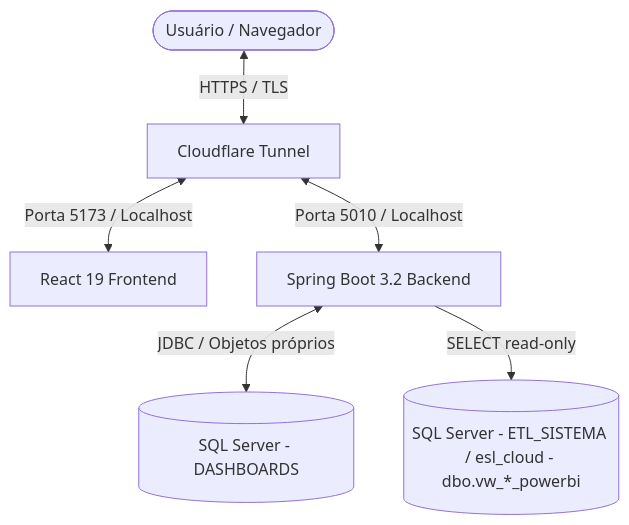
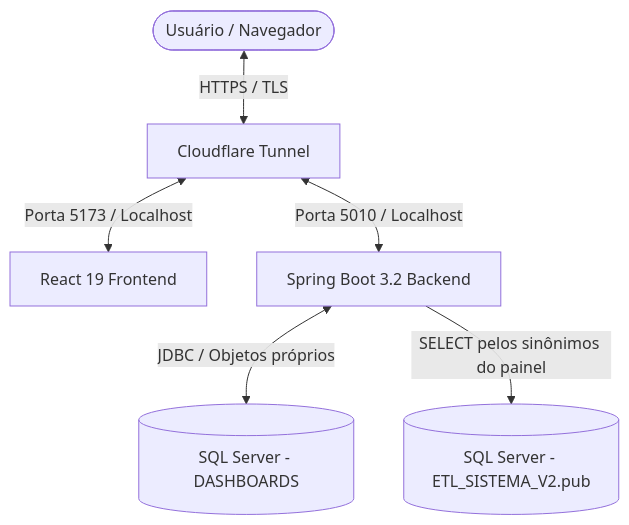
Before and after one commit to valentelucass/dashboards-etl: the diagram in README.md, drawn with Mermaid. The commit also changed other lines of this file and 98 other files, not shown here.

````diff
--- a/README.md
+++ b/README.md
@@ -15,8 +15,8 @@
 ```mermaid
 graph TD
     User([Usuário / Navegador]) <-->|HTTPS / TLS| Cloudflare[Cloudflare Tunnel]
     Cloudflare <-->|Porta 5173 / Localhost| ReactUI[React 19 Frontend]
     Cloudflare <-->|Porta 5010 / Localhost| SpringBoot[Spring Boot 3.2 Backend]
     SpringBoot <-->|JDBC / Objetos próprios| DashboardDB[(SQL Server - DASHBOARDS)]
-    SpringBoot -->|SELECT read-only| ETLViews[(SQL Server - ETL_SISTEMA / esl_cloud - dbo.vw_*_powerbi)]
+    SpringBoot -->|SELECT pelos sinônimos do painel| ETLViews[(SQL Server - ETL_SISTEMA_V2.pub)]
 ```
````
